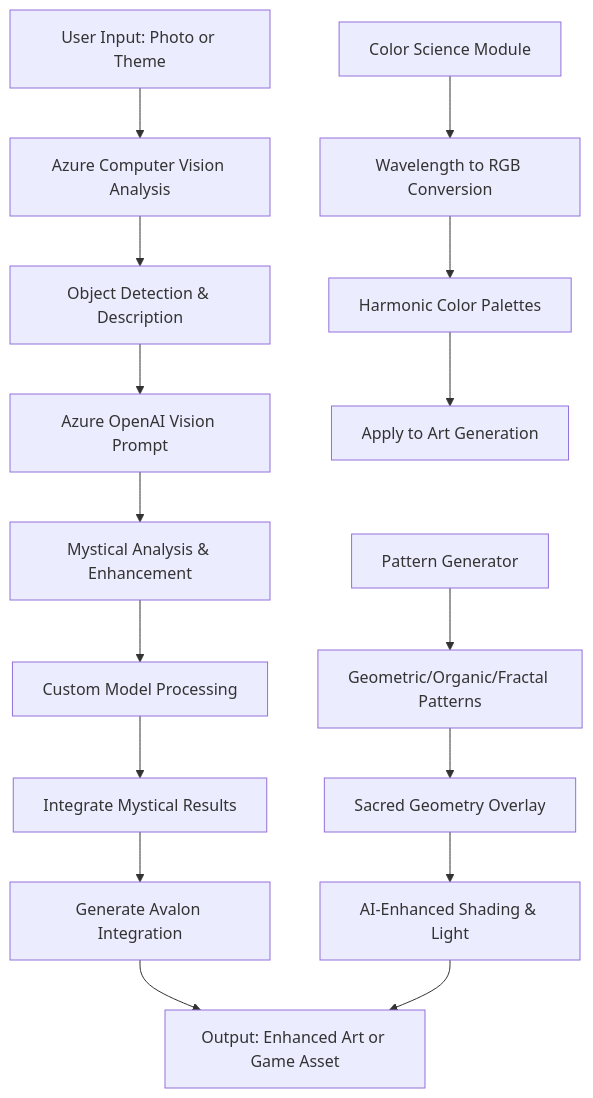
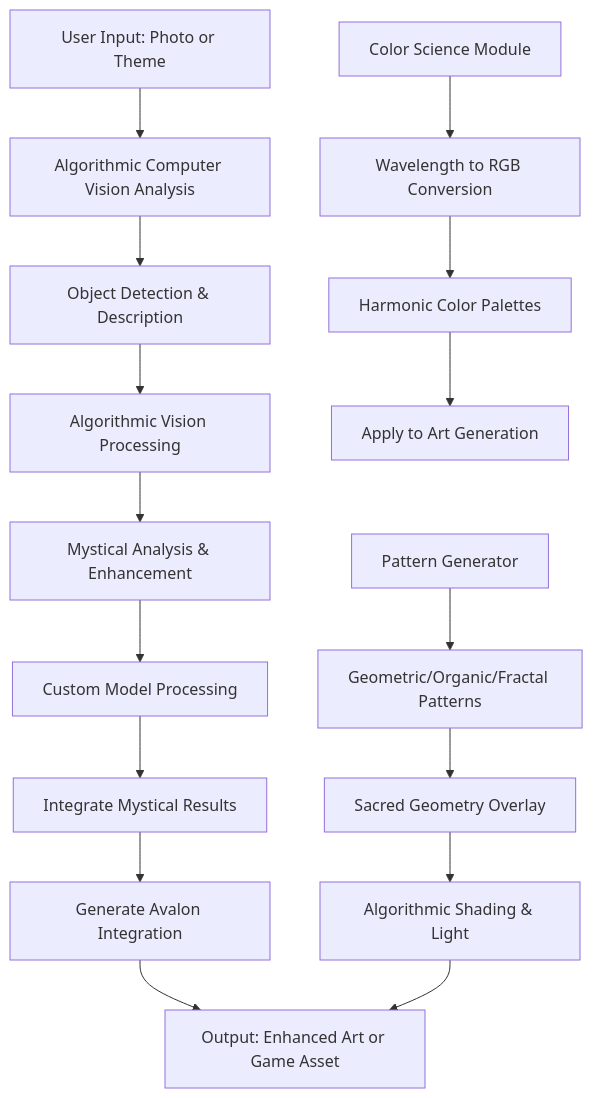
One commit to Bekalah/cathedral changed the first of 2 diagrams in CATHEDRAL_DEPLOYMENT_GUIDE.md. Above: the diagram before and after it, drawn with Mermaid. The commit also changed other lines of this file and 27 other files, not shown here.

````diff
--- a/CATHEDRAL_DEPLOYMENT_GUIDE.md
+++ b/CATHEDRAL_DEPLOYMENT_GUIDE.md
@@ -439,20 +439,20 @@
 ```mermaid
 graph TD
-    A[User Input: Photo or Theme] --> B[Azure Computer Vision Analysis]
+    A[User Input: Photo or Theme] --> B[Algorithmic Computer Vision Analysis]
     B --> C[Object Detection & Description]
-    C --> D[Azure OpenAI Vision Prompt]
+    C --> D[Algorithmic Vision Processing]
     D --> E[Mystical Analysis & Enhancement]
     E --> F[Custom Model Processing]
     F --> G[Integrate Mystical Results]
     G --> H[Generate Avalon Integration]
     H --> I[Output: Enhanced Art or Game Asset]
 
     J[Color Science Module] --> K[Wavelength to RGB Conversion]
     K --> L[Harmonic Color Palettes]
     L --> M[Apply to Art Generation]
 
     N[Pattern Generator] --> O[Geometric/Organic/Fractal Patterns]
     O --> P[Sacred Geometry Overlay]
-    P --> Q[AI-Enhanced Shading & Light]
+    P --> Q[Algorithmic Shading & Light]
     Q --> I
 ```
````
